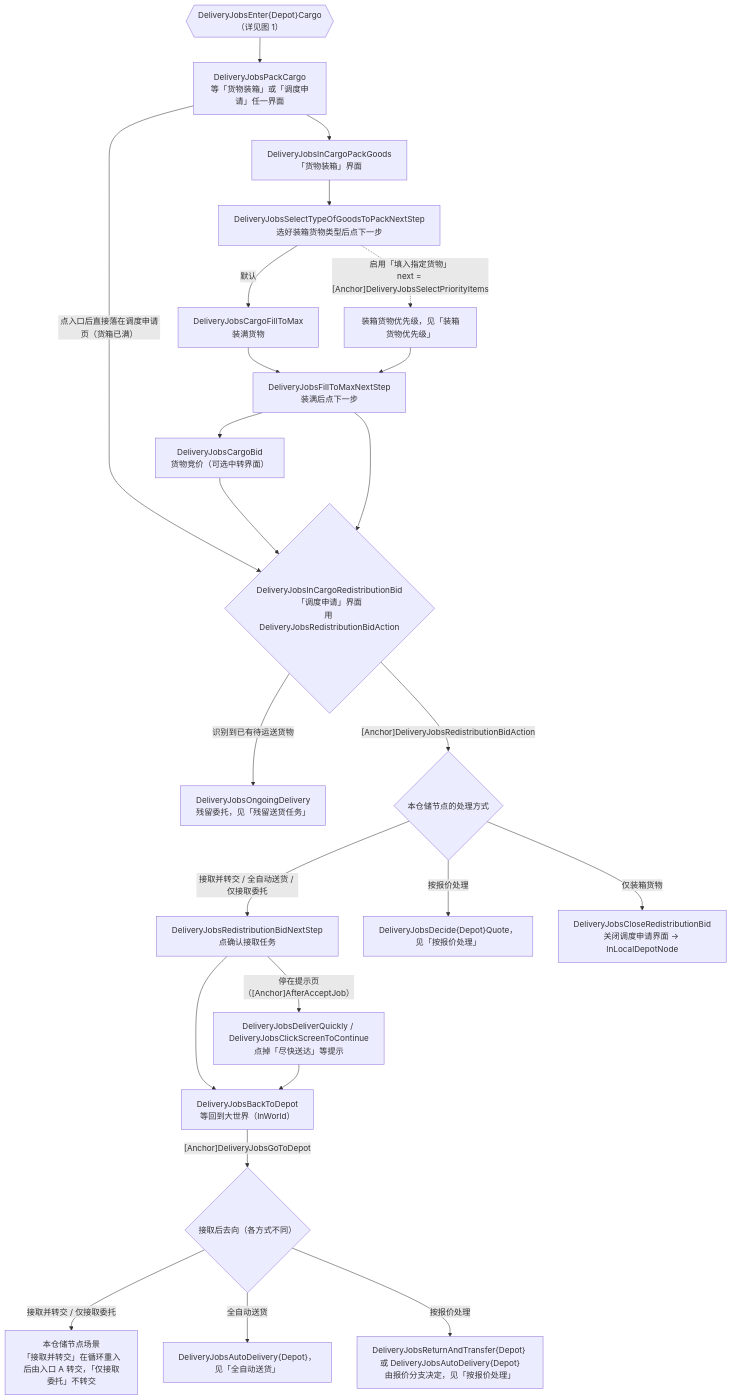
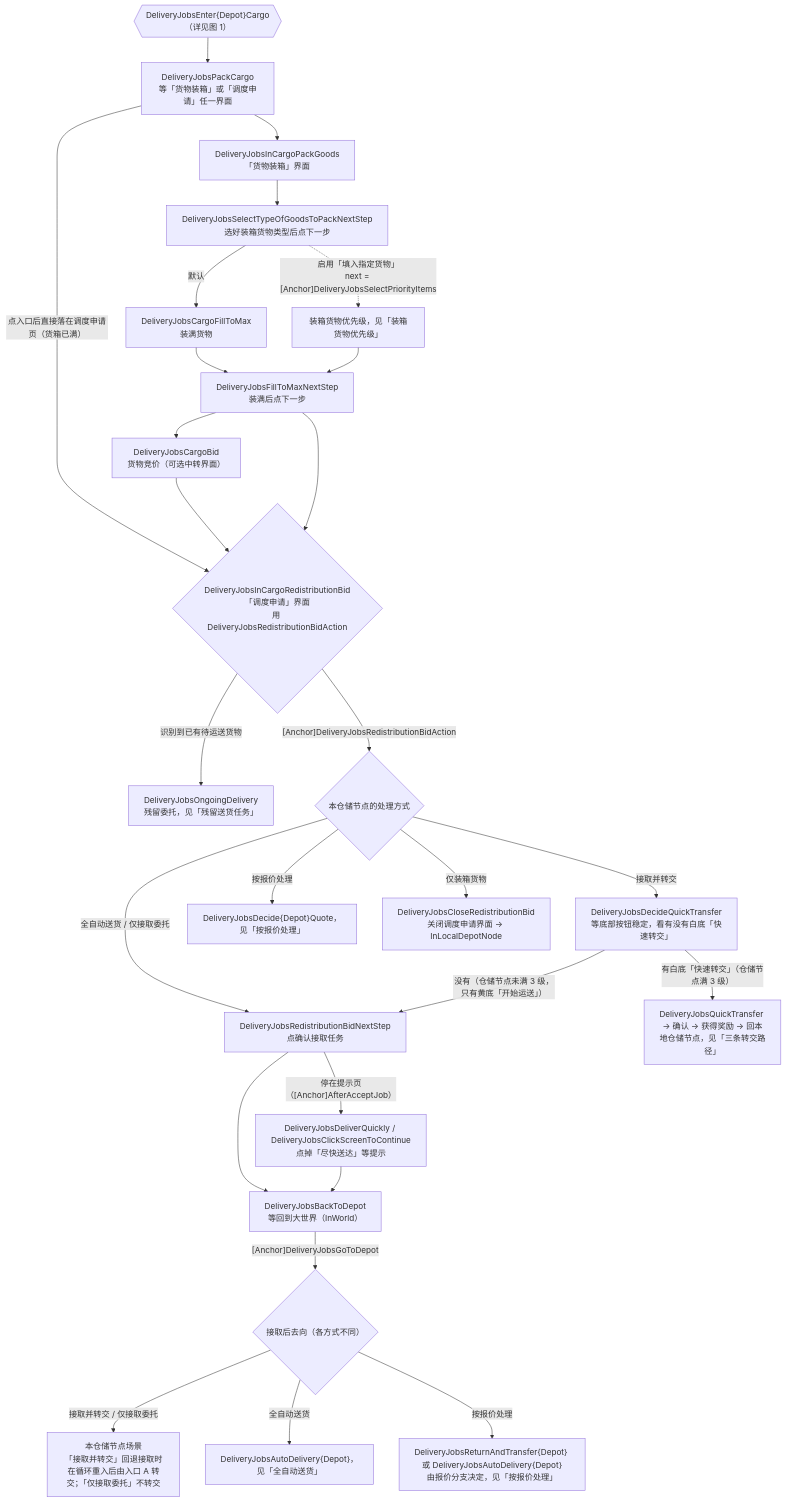
Before and after one commit to MaaEnd/MaaEnd: the second of 6 diagrams in docs/zh_cn/developers/tasks/delivery-jobs-maintain.md, drawn with Mermaid. The commit also changed other lines of this file and 6 other files, not shown here.

First line of the commit message:
fix(DeliveryJobs): 调度申请界面等按钮稳定后判断是否走快速转交（仓储节点未满3级时回退接取）

````diff
--- a/docs/zh_cn/developers/tasks/delivery-jobs-maintain.md
+++ b/docs/zh_cn/developers/tasks/delivery-jobs-maintain.md
@@ -45,26 +45,29 @@
 ```mermaid
 flowchart TD
     ECargo{{"DeliveryJobsEnter{Depot}Cargo（详见图 1）"}} --> Pack["DeliveryJobsPackCargo\n等「货物装箱」或「调度申请」任一界面"]
     Pack --> PackGoods["DeliveryJobsInCargoPackGoods\n「货物装箱」界面"]
     Pack -->|"点入口后直接落在调度申请页（货箱已满）"| Bid
     PackGoods --> Sel["DeliveryJobsSelectTypeOfGoodsToPackNextStep\n选好装箱货物类型后点下一步"]
     Sel -->|默认| Fill["DeliveryJobsCargoFillToMax\n装满货物"]
     Sel -.->|"启用「填入指定货物」\nnext = [Anchor]DeliveryJobsSelectPriorityItems"| Prio["装箱货物优先级，见「装箱货物优先级」"]
     Fill --> FillNext["DeliveryJobsFillToMaxNextStep\n装满后点下一步"]
     Prio --> FillNext
     FillNext --> CargoBid["DeliveryJobsCargoBid\n货物竞价（可选中转界面）"]
     CargoBid --> Bid
     FillNext --> Bid{"DeliveryJobsInCargoRedistributionBid\n「调度申请」界面\n用 DeliveryJobsRedistributionBidAction"}
     Bid -->|识别到已有待运送货物| Ong["DeliveryJobsOngoingDelivery\n残留委托，见「残留送货任务」"]
     Bid -->|"[Anchor]DeliveryJobsRedistributionBidAction"| Mode{"本仓储节点的处理方式"}
-    Mode -->|接取并转交 / 全自动送货 / 仅接取委托| RB["DeliveryJobsRedistributionBidNextStep\n点确认接取任务"]
+    Mode -->|接取并转交| QD["DeliveryJobsDecideQuickTransfer\n等底部按钮稳定，看有没有白底「快速转交」"]
+    Mode -->|全自动送货 / 仅接取委托| RB["DeliveryJobsRedistributionBidNextStep\n点确认接取任务"]
     Mode -->|按报价处理| Decide["DeliveryJobsDecide{Depot}Quote，见「按报价处理」"]
     Mode -->|仅装箱货物| Close["DeliveryJobsCloseRedistributionBid\n关闭调度申请界面 → InLocalDepotNode"]
+    QD -->|"有白底「快速转交」（仓储节点满 3 级）"| QT["DeliveryJobsQuickTransfer → 确认 → 获得奖励 → 回本地仓储节点，见「三条转交路径」"]
+    QD -->|"没有（仓储节点未满 3 级，只有黄底「开始运送」）"| RB
     RB -->|"停在提示页（[Anchor]AfterAcceptJob）"| Quick["DeliveryJobsDeliverQuickly / DeliveryJobsClickScreenToContinue\n点掉「尽快送达」等提示"]
     RB --> Back["DeliveryJobsBackToDepot\n等回到大世界（InWorld）"]
     Quick --> Back
     Back -->|"[Anchor]DeliveryJobsGoToDepot"| Land{"接取后去向（各方式不同）"}
-    Land -->|接取并转交 / 仅接取委托| LandScene["本仓储节点场景\n「接取并转交」在循环重入后由入口 A 转交，「仅接取委托」不转交"]
+    Land -->|接取并转交 / 仅接取委托| LandScene["本仓储节点场景\n「接取并转交」回退接取时在循环重入后由入口 A 转交；「仅接取委托」不转交"]
     Land -->|全自动送货| LandAuto["DeliveryJobsAutoDelivery{Depot}，见「全自动送货」"]
     Land -->|按报价处理| LandRT["DeliveryJobsReturnAndTransfer{Depot} 或 DeliveryJobsAutoDelivery{Depot}\n由报价分支决定，见「按报价处理」"]
 ```
````
